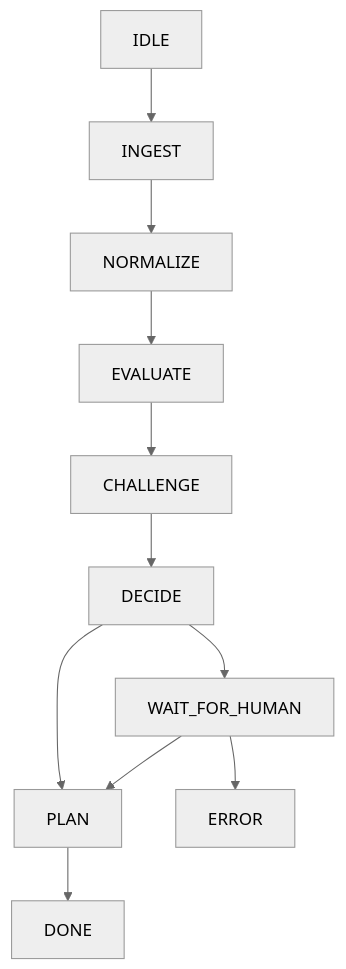
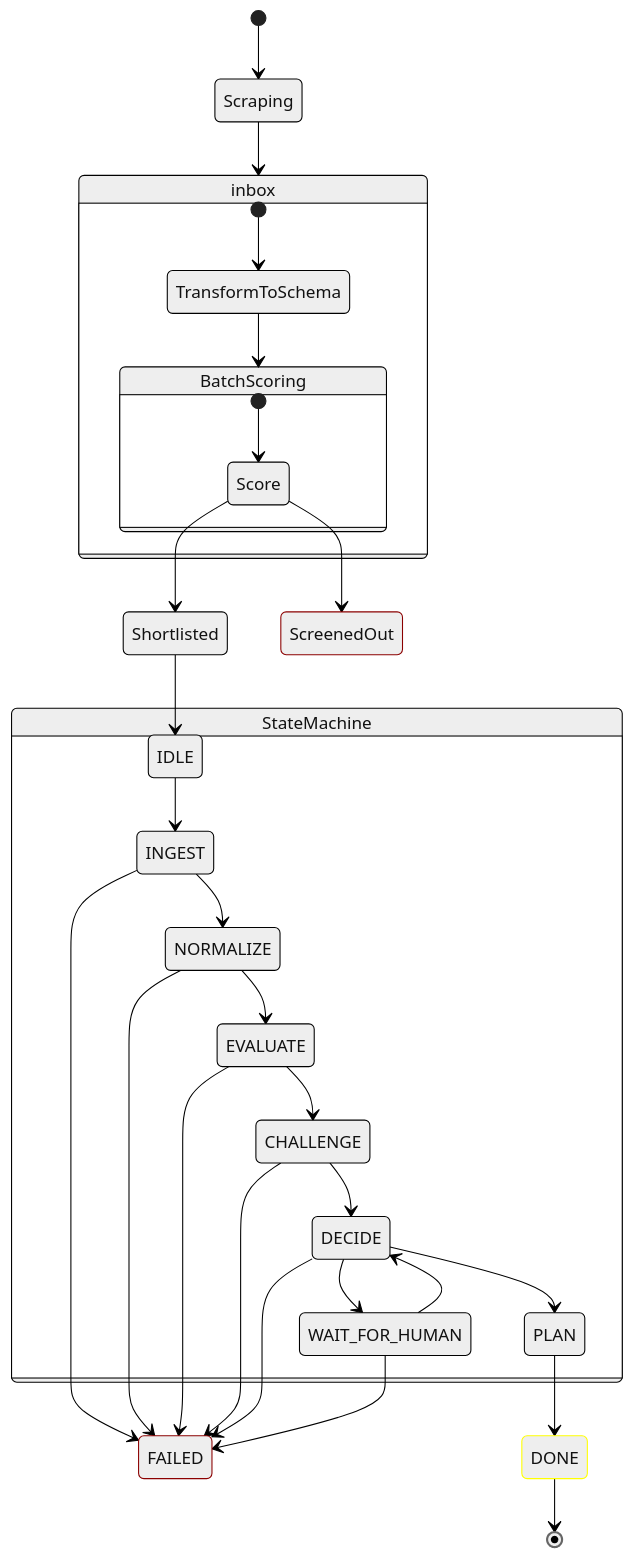
Before and after one commit to SubZtep/apply-agent: the diagram in docs/states.md, drawn with Mermaid (neutral theme). The commit also changed other lines of this file and 22 other files, not shown here.

````diff
--- a/docs/states.md
+++ b/docs/states.md
@@ -43,13 +3,45 @@
 ```mermaid
-flowchart TD
-  IDLE --> INGEST
-  INGEST --> NORMALIZE
-  NORMALIZE --> EVALUATE
-  EVALUATE --> CHALLENGE
-  CHALLENGE --> DECIDE
-  DECIDE --> PLAN
+stateDiagram-v2
+  classDef GameOver stroke:darkred
+  classDef WellDone stroke:yellow
+  class ScreenedOut GameOver
+  class FAILED GameOver
+  class DONE WellDone
+
+  [*] --> Scraping
+  Scraping --> inbox
+
+  state inbox {
+    [*] --> TransformToSchema
+    TransformToSchema --> BatchScoring
+  }
+
+  state BatchScoring {
+    [*] --> Score
+  }
+
+  Score --> Shortlisted
+  Score --> ScreenedOut
+  Shortlisted --> IDLE
+
+  state StateMachine {
+    IDLE --> INGEST
+    INGEST --> NORMALIZE
+    NORMALIZE --> EVALUATE
+    EVALUATE --> CHALLENGE
+    CHALLENGE --> DECIDE
+    DECIDE --> PLAN
+    DECIDE --> WAIT_FOR_HUMAN
+    WAIT_FOR_HUMAN --> DECIDE
+  }
+
+  INGEST --> FAILED
+  NORMALIZE --> FAILED
+  EVALUATE --> FAILED
+  CHALLENGE --> FAILED
+  DECIDE --> FAILED
+  WAIT_FOR_HUMAN --> FAILED
   PLAN --> DONE
-  DECIDE --> WAIT_FOR_HUMAN
-  WAIT_FOR_HUMAN --> PLAN
-  WAIT_FOR_HUMAN --> ERROR
+
+  DONE --> [*]
 ```
````
